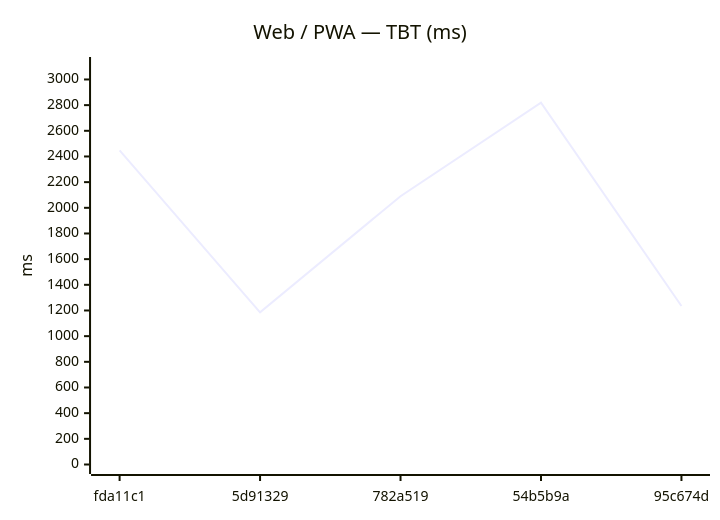
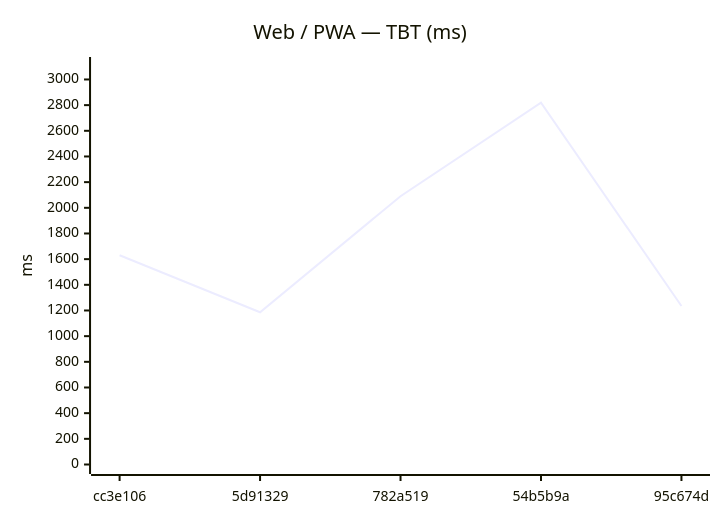
Before and after one commit to Metaheurist/Rianell: the eighth of 18 diagrams in benchmarks/compare.md, drawn with Mermaid. The commit also changed other lines of this file and 11 other files, not shown here.

````diff
--- a/benchmarks/compare.md
+++ b/benchmarks/compare.md
@@ -124,7 +124,7 @@
 ```mermaid
 xychart-beta
     title "Web / PWA — TBT (ms)"
-    x-axis ["fda11c1", "5d91329", "782a519", "54b5b9a", "95c674d"]
+    x-axis ["cc3e106", "5d91329", "782a519", "54b5b9a", "95c674d"]
     y-axis "ms" 0 --> 3101
-    line [2447, 1186, 2090, 2819, 1235]
+    line [1630, 1186, 2090, 2819, 1235]
 ```
````
